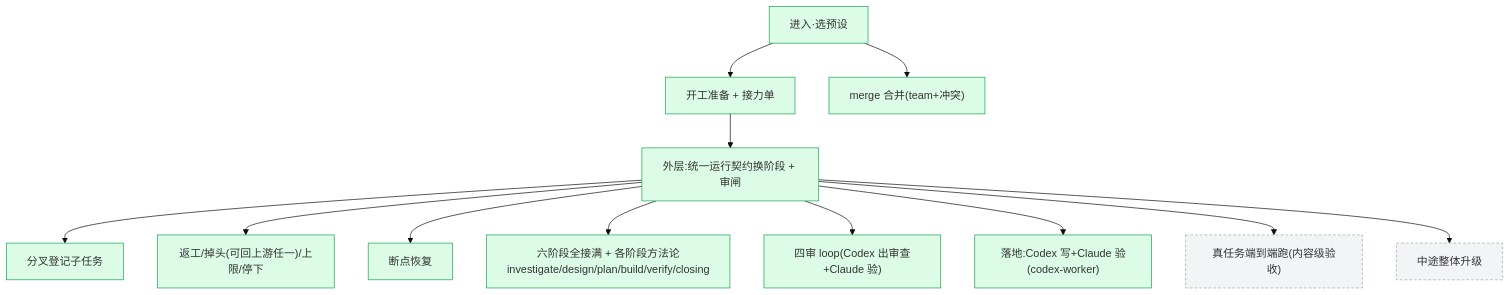
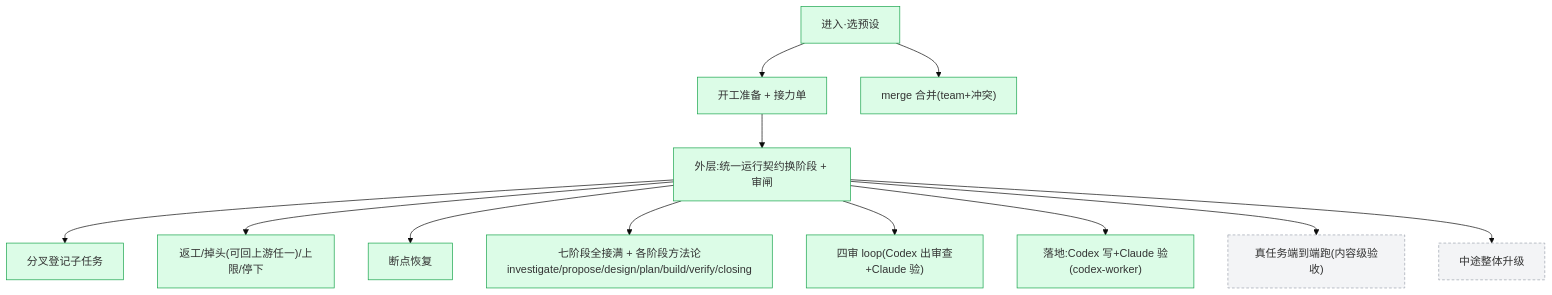
The ninth of 10 diagrams in docs/plugin2/OVERVIEW.md (chancheuklap/multi-model-workflow), drawn with Mermaid (base theme) before and after one commit. The commit also changed other lines of this file and 9 other files, not shown here.

First line of the commit message:
plugin2: 新增 propose 阶段——给方案+HITL 选/否,从 design skill 拆出

````diff
--- a/docs/plugin2/OVERVIEW.md
+++ b/docs/plugin2/OVERVIEW.md
@@ -411,16 +415,16 @@
 ```mermaid
 flowchart TD
     IN["进入·选预设"]:::done --> PREP["开工准备 + 接力单"]:::done --> OUT["外层:统一运行契约换阶段 + 审闸"]:::done
     OUT --> SPIN["分叉登记子任务"]:::done
     OUT --> CAP["返工/掉头(可回上游任一)/上限/停下"]:::done
     OUT --> RES["断点恢复"]:::done
-    OUT --> PHASES["六阶段全接满 + 各阶段方法论<br/>investigate/design/plan/build/verify/closing"]:::done
+    OUT --> PHASES["七阶段全接满 + 各阶段方法论<br/>investigate/propose/design/plan/build/verify/closing"]:::done
     OUT --> REVIEW["四审 loop(Codex 出审查+Claude 验)"]:::done
     OUT --> BUILD["落地:Codex 写+Claude 验(codex-worker)"]:::done
     IN --> MERGE["merge 合并(team+冲突)"]:::done
     OUT --> RUN["真任务端到端跑(内容级验收)"]:::todo
     OUT --> UP["中途整体升级"]:::todo
 
     classDef done fill:#dcfce7,stroke:#16a34a
     classDef todo fill:#f3f4f6,stroke:#9ca3af,stroke-dasharray:4 3
 ```
````
